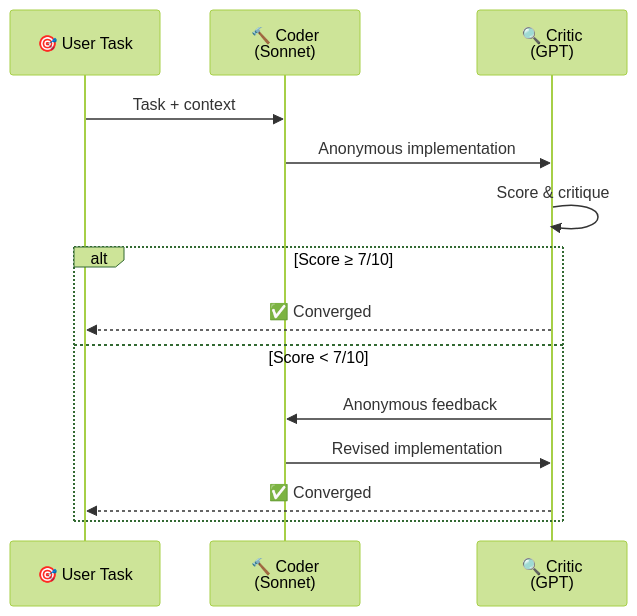
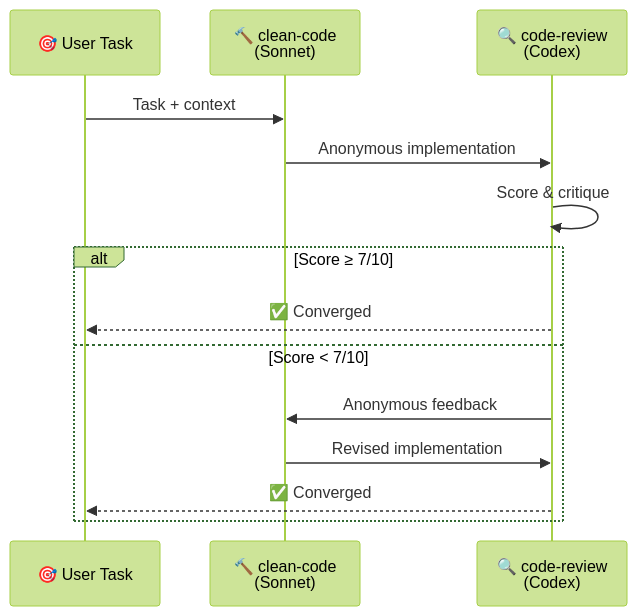
One commit to schwarztim/open-swarm changed the third of 6 diagrams in README.md. Above: the diagram before and after it, drawn with Mermaid (forest theme). The commit also changed other lines of this file and 1 other file, not shown here.

````diff
--- a/README.md
+++ b/README.md
@@ -136,18 +170,18 @@
 ```mermaid
 sequenceDiagram
     participant U as 🎯 User Task
-    participant C as 🔨 Coder<br/>(Sonnet)
-    participant R as 🔍 Critic<br/>(GPT)
+    participant C as 🔨 clean-code<br/>(Sonnet)
+    participant R as 🔍 code-review<br/>(Codex)
     
     U->>C: Task + context
     C->>R: Anonymous implementation
     R->>R: Score & critique
     
     alt Score ≥ 7/10
         R-->>U: ✅ Converged
     else Score < 7/10
         R->>C: Anonymous feedback
         C->>R: Revised implementation
         R-->>U: ✅ Converged
     end
 ```
````
